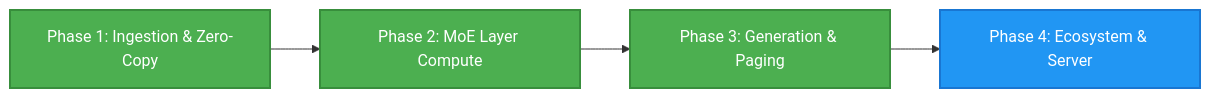
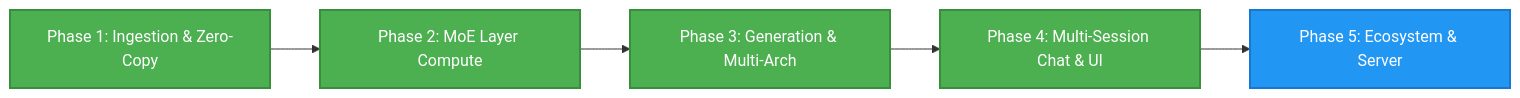
Before and after one commit to derekrparris/DynaMoE: the diagram in README.md, drawn with Mermaid. The commit also changed other lines of this file, not shown here.

````diff
--- a/README.md
+++ b/README.md
@@ -78,10 +87,12 @@
 ```mermaid
 flowchart LR
     A["Phase 1: Ingestion & Zero-Copy"] --> B["Phase 2: MoE Layer Compute"]
-    B --> C["Phase 3: Generation & Paging"]
-    C --> D["Phase 4: Ecosystem & Server"]
+    B --> C["Phase 3: Generation & Multi-Arch"]
+    C --> D["Phase 4: Multi-Session Chat & UI"]
+    D --> E["Phase 5: Ecosystem & Server"]
     style A fill:#4CAF50,stroke:#388E3C,stroke-width:2px,color:#fff
     style B fill:#4CAF50,stroke:#388E3C,stroke-width:2px,color:#fff
     style C fill:#4CAF50,stroke:#388E3C,stroke-width:2px,color:#fff
-    style D fill:#2196F3,stroke:#1976D2,stroke-width:2px,color:#fff
+    style D fill:#4CAF50,stroke:#388E3C,stroke-width:2px,color:#fff
+    style E fill:#2196F3,stroke:#1976D2,stroke-width:2px,color:#fff
 ```
````
